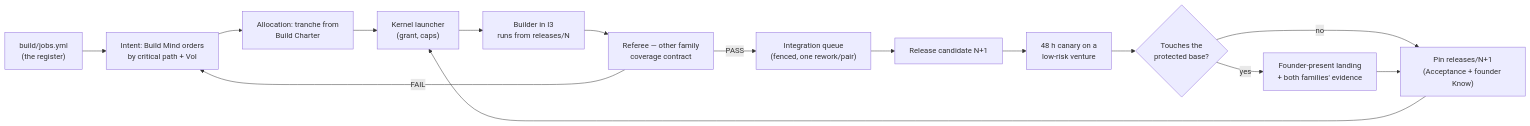
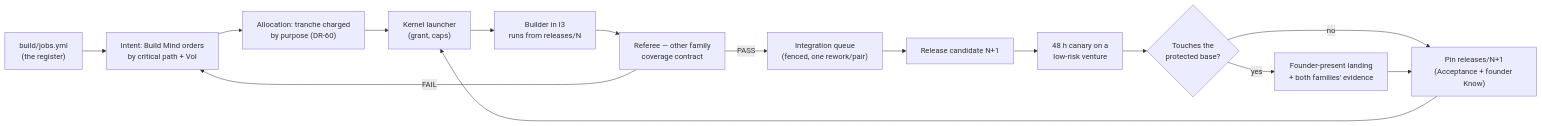
One commit to Adam077K/agentvibe changed the third of 3 diagrams in docs/vision-v3/14-BUILD-PLAN.md. Above: the diagram before and after it, drawn with Mermaid. The commit also changed other lines of this file and 33 other files, not shown here.

````diff
--- a/docs/vision-v3/14-BUILD-PLAN.md
+++ b/docs/vision-v3/14-BUILD-PLAN.md
@@ -412,17 +441,17 @@
 ```mermaid
 flowchart LR
   REG["build/jobs.yml<br/>(the register)"] --> INT["Intent: Build Mind orders<br/>by critical path + VoI"]
-  INT --> ALL["Allocation: tranche from<br/>Build Charter"]
+  INT --> ALL["Allocation: tranche charged<br/>by purpose (DR-60)"]
   ALL --> L["Kernel launcher<br/>(grant, caps)"]
   L --> B["Builder in I3<br/>runs from releases/N"]
   B --> R["Referee — other family<br/>coverage contract"]
   R -->|FAIL| INT
   R -->|PASS| Q["Integration queue<br/>(fenced, one rework/pair)"]
   Q --> RC["Release candidate N+1"]
   RC --> CAN["48 h canary on a<br/>low-risk venture"]
   CAN --> RA{"Touches the<br/>protected base?"}
   RA -->|no| PIN["Pin releases/N+1<br/>(Acceptance + founder Know)"]
   RA -->|yes| FP["Founder-present landing<br/>+ both families' evidence"]
   FP --> PIN
   PIN --> L
 ```
````
